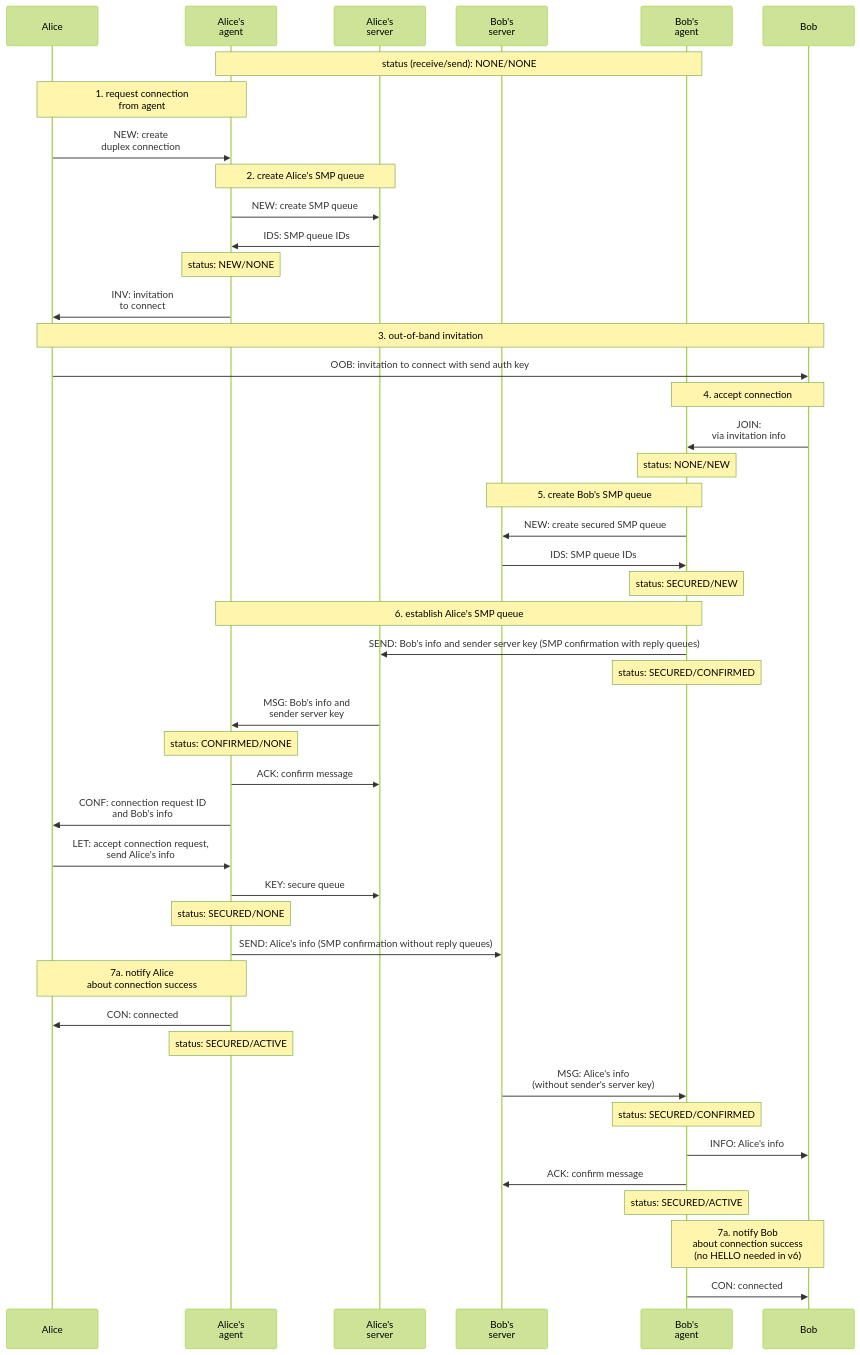
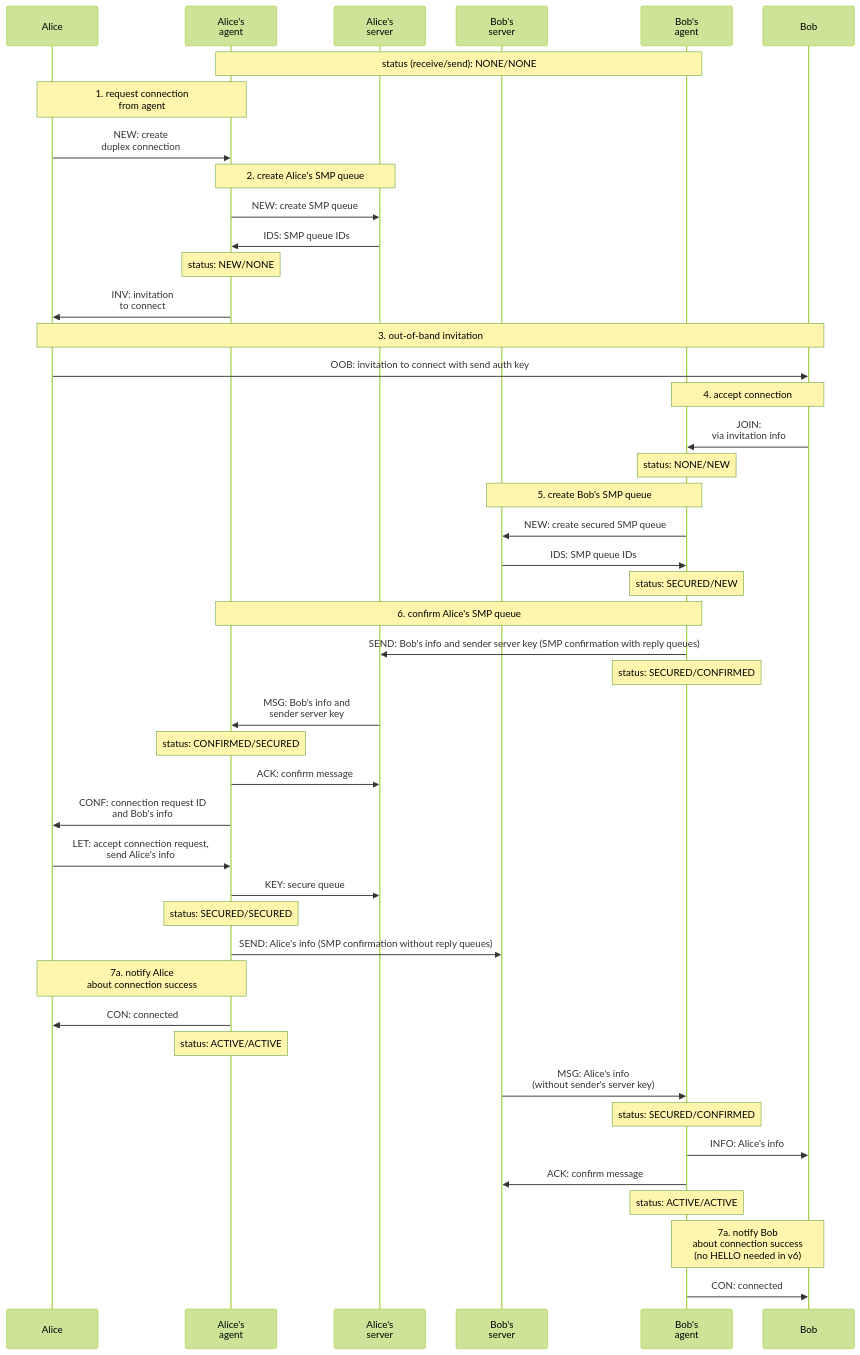
One commit to simplex-chat/simplexmq changed the diagram in protocol/diagrams/duplex-messaging/duplex-creating-v6.mmd. Above: the diagram before and after it, drawn with Mermaid (forest theme). The commit also changed 2 other files, not shown here.

```diff
--- a/protocol/diagrams/duplex-messaging/duplex-creating-v6.mmd
+++ b/protocol/diagrams/duplex-messaging/duplex-creating-v6.mmd
@@ -1,56 +1,56 @@
 sequenceDiagram
   participant A as Alice
   participant AA as Alice's<br>agent
   participant AS as Alice's<br>server
   participant BS as Bob's<br>server
   participant BA as Bob's<br>agent
   participant B as Bob
 
   note over AA, BA: status (receive/send): NONE/NONE
 
   note over A, AA: 1. request connection<br>from agent
   A ->> AA: NEW: create<br>duplex connection
  
   note over AA, AS: 2. create Alice's SMP queue
   AA ->> AS: NEW: create SMP queue
   AS ->> AA: IDS: SMP queue IDs
   note over AA: status: NEW/NONE
 
   AA ->> A: INV: invitation<br>to connect
 
   note over A, B: 3. out-of-band invitation
   A ->> B: OOB: invitation to connect with send auth key
 
   note over BA, B: 4. accept connection
   B ->> BA: JOIN:<br>via invitation info
   note over BA: status: NONE/NEW
 
   note over BA, BS: 5. create Bob's SMP queue
   BA ->> BS: NEW: create secured SMP queue
   BS ->> BA: IDS: SMP queue IDs
   note over BA: status: SECURED/NEW
 
-  note over BA, AA: 6. establish Alice's SMP queue
+  note over BA, AA: 6. confirm Alice's SMP queue
   BA ->> AS: SEND: Bob's info and sender server key (SMP confirmation with reply queues)
   note over BA: status: SECURED/CONFIRMED
 
   AS ->> AA: MSG: Bob's info and<br>sender server key
-  note over AA: status: CONFIRMED/NONE
+  note over AA: status: CONFIRMED/SECURED
   AA ->> AS: ACK: confirm message
   AA ->> A: CONF: connection request ID<br>and Bob's info
   A ->> AA: LET: accept connection request,<br>send Alice's info
   AA ->> AS: KEY: secure queue
-  note over AA: status: SECURED/NONE
+  note over AA: status: SECURED/SECURED
 
   AA ->> BS: SEND: Alice's info (SMP confirmation without reply queues)
   note over A, AA: 7a. notify Alice<br>about connection success
   AA ->> A: CON: connected
-  note over AA: status: SECURED/ACTIVE
+  note over AA: status: ACTIVE/ACTIVE
 
   BS ->> BA: MSG: Alice's info<br>(without sender's server key)
   note over BA: status: SECURED/CONFIRMED
   BA ->> B: INFO: Alice's info
   BA ->> BS: ACK: confirm message
-  note over BA: status: SECURED/ACTIVE
+  note over BA: status: ACTIVE/ACTIVE
   note over BA, B: 7a. notify Bob<br>about connection success<br>(no HELLO needed in v6)
   BA ->> B: CON: connected
```
